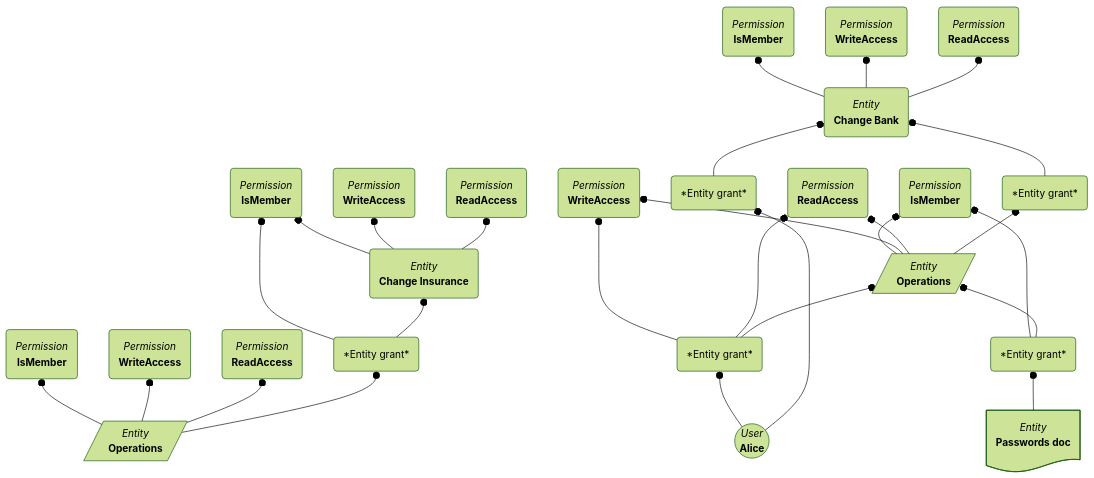
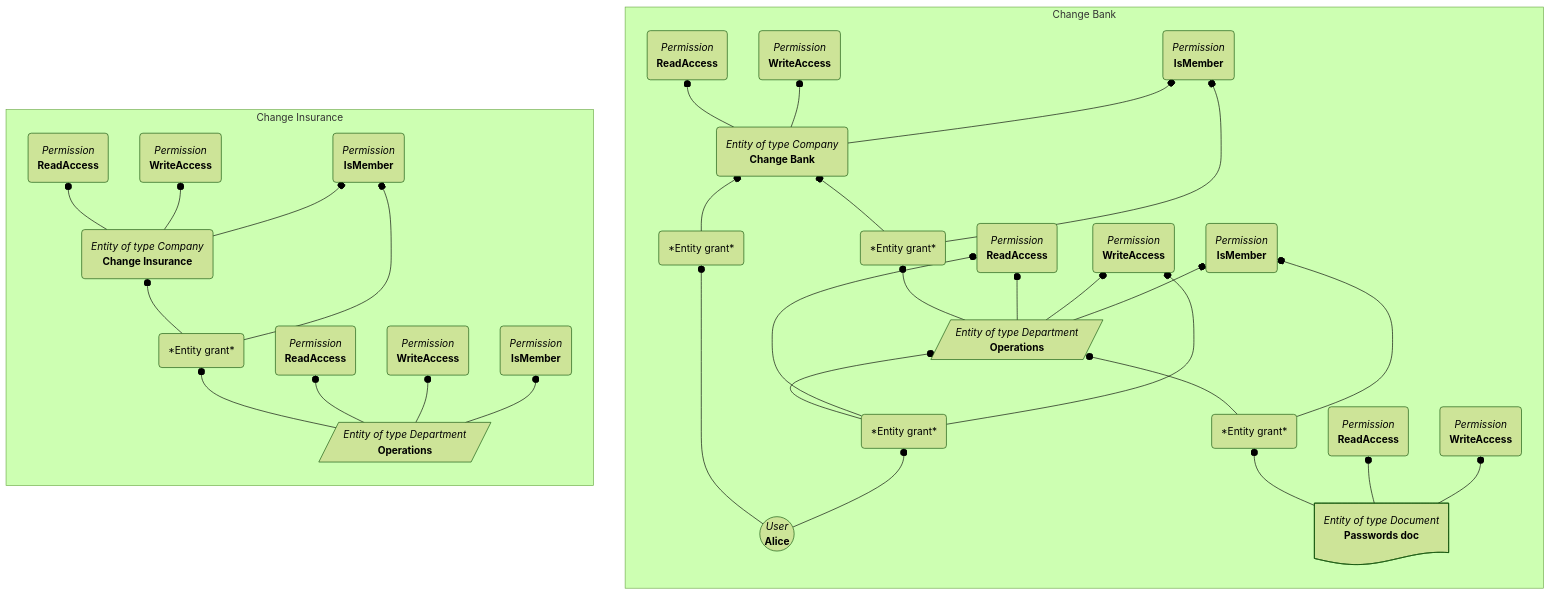
Before and after one commit to FusionAuth/fusionauth-site: the third of 3 diagrams in astro/src/content/docs/extend/examples/modeling-hierarchies.mdx, drawn with Mermaid (forest theme). The commit also changed other lines of this file, not shown here.

Commit message:
headings

````diff
--- a/astro/src/content/docs/extend/examples/modeling-hierarchies.mdx
+++ b/astro/src/content/docs/extend/examples/modeling-hierarchies.mdx
@@ -190,56 +197,68 @@
-```mermaid
-graph BT
-  n0(("`*User*
-**Alice**`"))
-  n1@{ shape: doc, label: "*Entity*
-**Passwords doc**" }
-  n2("`*Entity*
-**Change Bank**`")
-  n3("`*Entity*
-**Change Insurance**`")
-  n4[/"`*Entity*
-**Operations**`"/]
-  n5[/"`*Entity*
-**Operations**`"/]
-  n6("*Entity grant*")
-  n7("*Entity grant*")
-  n8("*Entity grant*")
-  n9("*Entity grant*")
-  n10("`*Permission*
-  **ReadAccess**`")
-  n11("`*Permission*
-  **WriteAccess**`")
-  n12("`*Permission*
-  **IsMember**`")
-  n13("`*Permission*
-  **ReadAccess**`")
-  n14("`*Permission*
-  **WriteAccess**`")
-  n15("`*Permission*
-  **IsMember**`")
-  n16("`*Permission*
-  **ReadAccess**`")
-  n17("`*Permission*
-  **WriteAccess**`")
-  n18("`*Permission*
-  **IsMember**`")
-  n19("`*Permission*
-  **ReadAccess**`")
-  n20("`*Permission*
-  **WriteAccess**`")
-  n21("`*Permission*
-  **IsMember**`")
-  n22("*Entity grant*")
+  ```mermaid
+  graph BT
 
-  n0 --o n8 & n9
-  n1 --o n22
-  n2 --o n16 & n17 & n18
-  n3 --o n10 & n11 & n12
-  n4 --o n7 & n19 & n20 & n21
-  n5 --o n6 & n13 & n14 & n15
-  n6 --o n3 & n12
-  n7 --o n2
-  n8 --o n2
-  n9 --o n4  & n19 & n20
-  n22 --o n4 & n21
-```
+  subgraph Change Bank
+    direction BT
+    n0(("`*User*
+  **Alice**`"))
+    n1@{ shape: doc, label: "*Entity of type Document*
+  **Passwords doc**" }
+    nBank("`*Entity of type Company*
+  **Change Bank**`")
+    nOperationsToBanks("*Entity grant*")
+    nAliceCompany("*Entity grant*")
+    nAliceDepartment("*Entity grant*")
+    n16("`*Permission*
+    **ReadAccess**`")
+    n17("`*Permission*
+    **WriteAccess**`")
+    n18("`*Permission*
+    **IsMember**`")
+    nBankOperations[/"`*Entity of type Department*
+  **Operations**`"/]
+    n19("`*Permission*
+    **ReadAccess**`")
+    n20("`*Permission*
+    **WriteAccess**`")
+    n21("`*Permission*
+    **IsMember**`")
+    n22("*Entity grant*")
+    n23("`*Permission*
+    **ReadAccess**`")
+    n24("`*Permission*
+    **WriteAccess**`")
+  end
+
+  subgraph Change Insurance
+    direction BT
+    n5[/"`*Entity of type Department*
+  **Operations**`"/]
+    n6("*Entity grant*")
+    n3("`*Entity of type Company*
+  **Change Insurance**`")
+    n10("`*Permission*
+    **ReadAccess**`")
+    n11("`*Permission*
+    **WriteAccess**`")
+    n12("`*Permission*
+    **IsMember**`")
+    n13("`*Permission*
+    **ReadAccess**`")
+    n14("`*Permission*
+    **WriteAccess**`")
+    n15("`*Permission*
+    **IsMember**`")
+  end
+
+    n0 --o nAliceCompany & nAliceDepartment
+    n1 --o n22 & n23 & n24
+    nBank --o n16 & n17 & n18
+    n3 --o n10 & n11 & n12
+    nBankOperations --o nOperationsToBanks & n19 & n20 & n21
+    n5 --o n6 & n13 & n14 & n15
+    n6 --o n3 & n12
+    nOperationsToBanks --o nBank & n18
+    nAliceCompany --o nBank
+    nAliceDepartment --o nBankOperations  & n19 & n20
+    n22 --o nBankOperations & n21
+  ```
````
